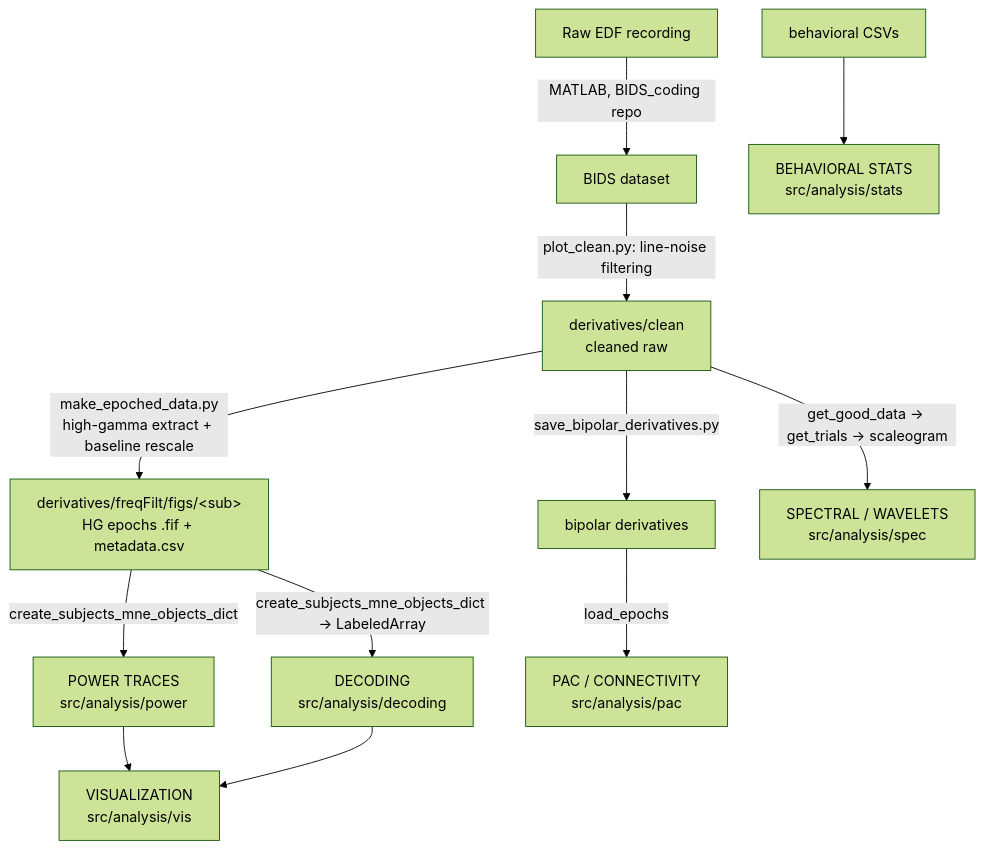
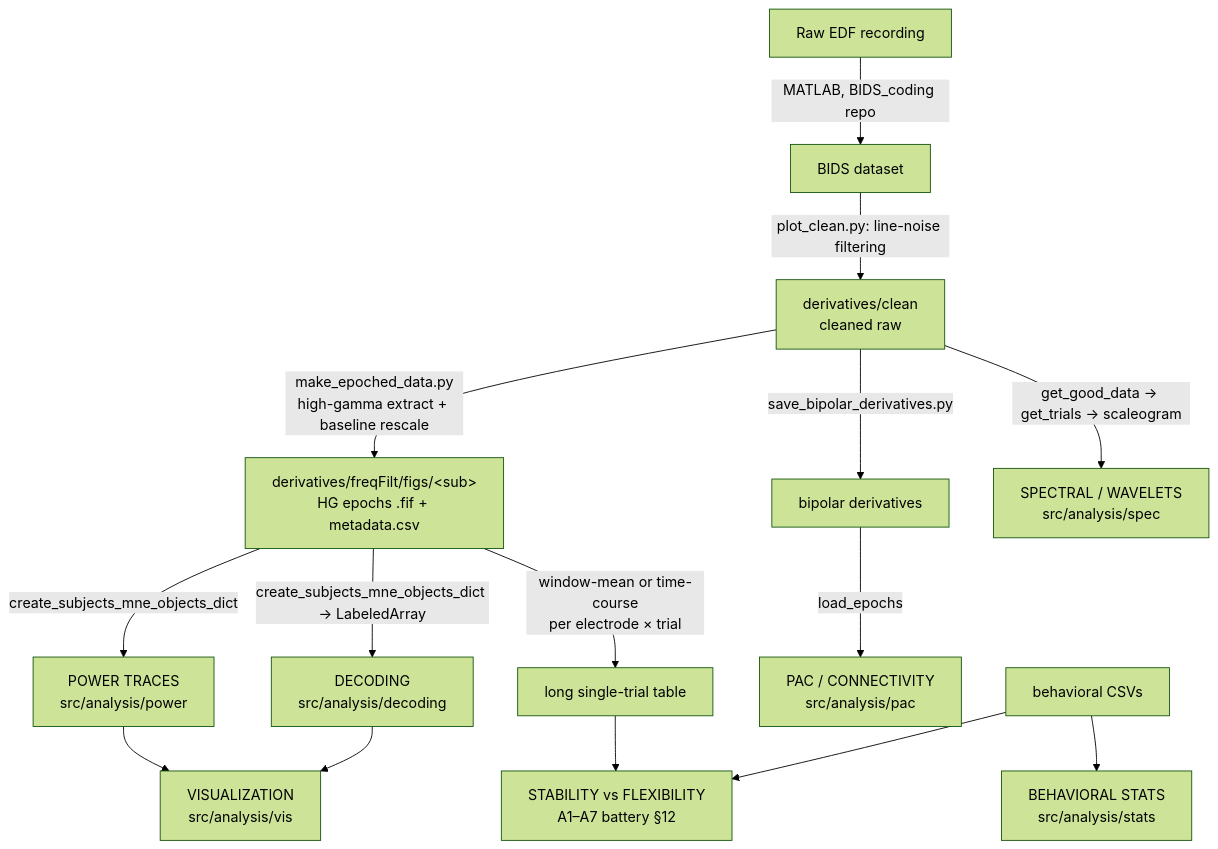
The diagram in docs/analysis_paths.md (coganlab/GlobalLocal), drawn with Mermaid (forest theme) before and after one commit. The commit also changed other lines of this file and 2 other files, not shown here.

First line of the commit message:
Update analysis_paths for the new analyses; add a data-flow walk-through

````diff
--- a/docs/analysis_paths.md
+++ b/docs/analysis_paths.md
@@ -21,18 +33,21 @@
 ```mermaid
 flowchart TD
     EDF[Raw EDF recording] -->|MATLAB, BIDS_coding repo| BIDS[BIDS dataset]
     BIDS -->|plot_clean.py: line-noise filtering| CLEAN[derivatives/clean<br/>cleaned raw]
 
     CLEAN -->|make_epoched_data.py<br/>high-gamma extract + baseline rescale| HGEP[derivatives/freqFilt/figs/&lt;sub&gt;<br/>HG epochs .fif + metadata.csv]
     CLEAN -->|save_bipolar_derivatives.py| BIP[bipolar derivatives]
 
     HGEP -->|create_subjects_mne_objects_dict| POWER[POWER TRACES<br/>src/analysis/power]
     HGEP -->|create_subjects_mne_objects_dict → LabeledArray| DEC[DECODING<br/>src/analysis/decoding]
+    HGEP -->|window-mean or time-course<br/>per electrode × trial| LONG[long single-trial table]
     CLEAN -->|get_good_data → get_trials → scaleogram| SPEC[SPECTRAL / WAVELETS<br/>src/analysis/spec]
     BIP -->|load_epochs| PAC[PAC / CONNECTIVITY<br/>src/analysis/pac]
 
     BEH[behavioral CSVs] --> STATS[BEHAVIORAL STATS<br/>src/analysis/stats]
+    LONG --> SF[STABILITY vs FLEXIBILITY<br/>A1–A7 battery §12]
+    BEH --> SF
 
     POWER --> VIS[VISUALIZATION<br/>src/analysis/vis]
     DEC --> VIS
 ```
````
